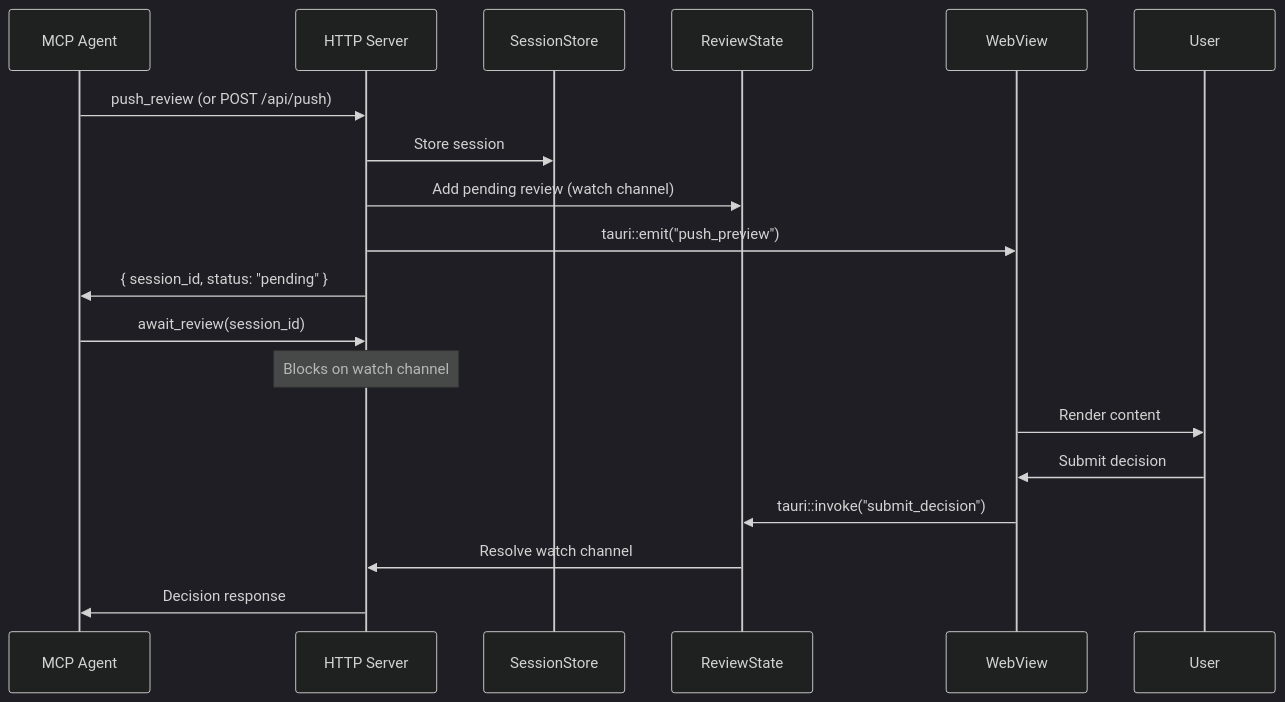
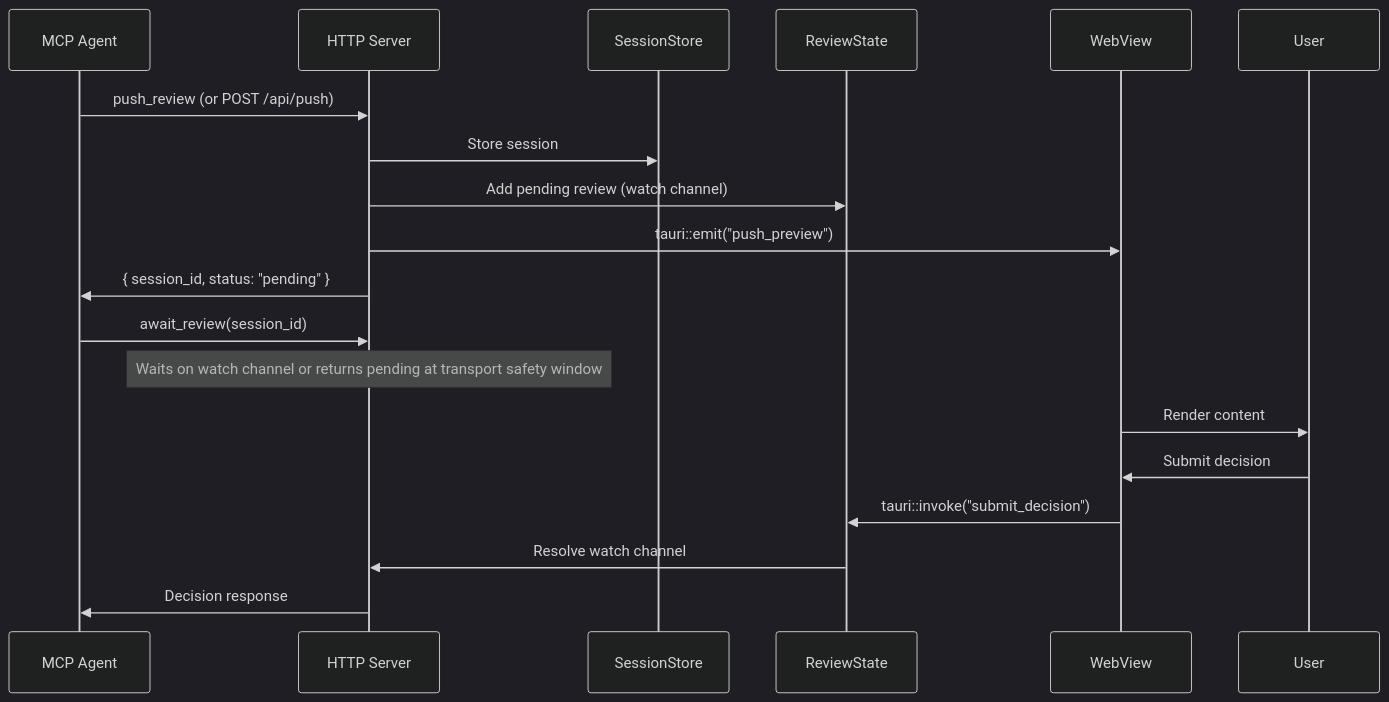
One commit to DeeJanuz/mcp-mux changed the first of 4 diagrams in docs/architecture.md. Above: the diagram before and after it, drawn with Mermaid (dark theme). The commit also changed other lines of this file and 14 other files, not shown here.

Commit message:
Update MCPViews universal graph discovery and docs

````diff
--- a/docs/architecture.md
+++ b/docs/architecture.md
@@ -15,22 +15,22 @@
 ```mermaid
 sequenceDiagram
     participant Agent as MCP Agent
     participant HTTP as HTTP Server
     participant Store as SessionStore
     participant Review as ReviewState
     participant WebView as WebView
     participant User as User
 
     Agent->>HTTP: push_review (or POST /api/push)
     HTTP->>Store: Store session
     HTTP->>Review: Add pending review (watch channel)
     HTTP->>WebView: tauri::emit("push_preview")
     HTTP->>Agent: { session_id, status: "pending" }
     Agent->>HTTP: await_review(session_id)
-    Note over HTTP: Blocks on watch channel
+    Note over HTTP: Waits on watch channel or returns pending at transport safety window
     WebView->>User: Render content
     User->>WebView: Submit decision
     WebView->>Review: tauri::invoke("submit_decision")
     Review->>HTTP: Resolve watch channel
     HTTP->>Agent: Decision response
 ```
````
